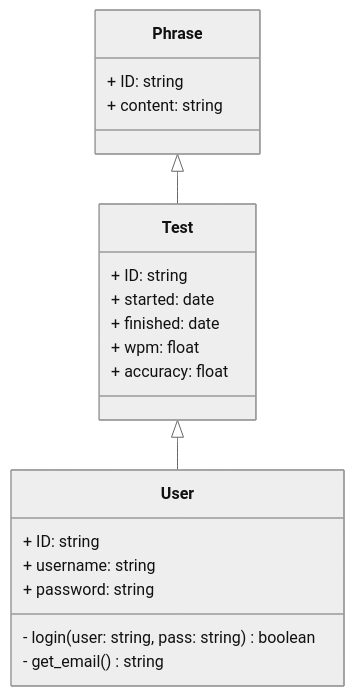
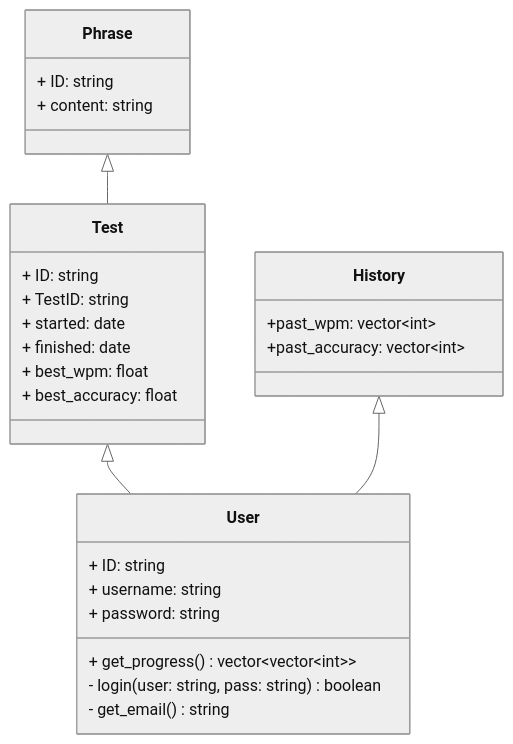
The diagram in README.md (ktoledo18/tippitytappity-design), drawn with Mermaid (neutral theme) before and after one commit.

````diff
--- a/README.md
+++ b/README.md
@@ -8,23 +8,31 @@
 ```mermaid
 classDiagram
   Test <|-- User
   Phrase <|-- Test
+  History <|-- User
   class User{
         + ID: string
         + username: string
         + password: string
+        + get_progress() vector~vector~int~~
         - login(user: string, pass: string) boolean
         - get_email() string
   }
   class Test{
         + ID: string
+        + TestID: string
         + started: date
         + finished: date
-        + wpm: float
-        + accuracy: float
+        + best_wpm: float
+        + best_accuracy: float
   }
   class Phrase{
         + ID: string
         + content: string
   }
+  class History{
+        +past_wpm: vector~int~
+        +past_accuracy: vector~int~
+  }
+
 ```
````
